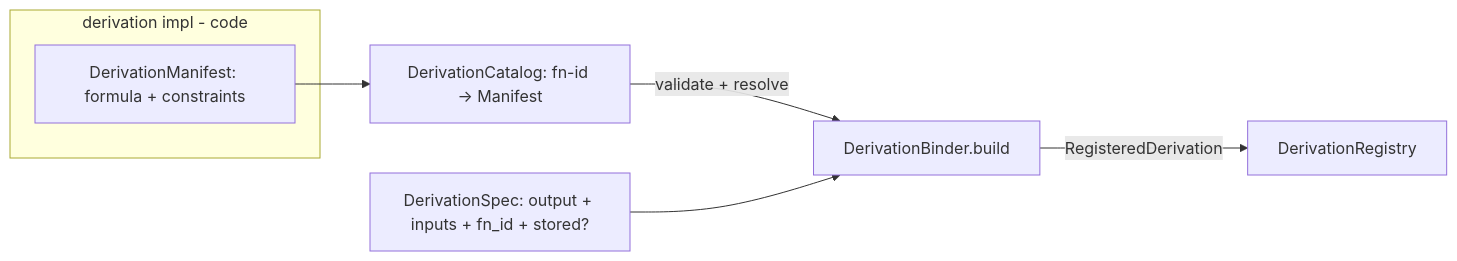
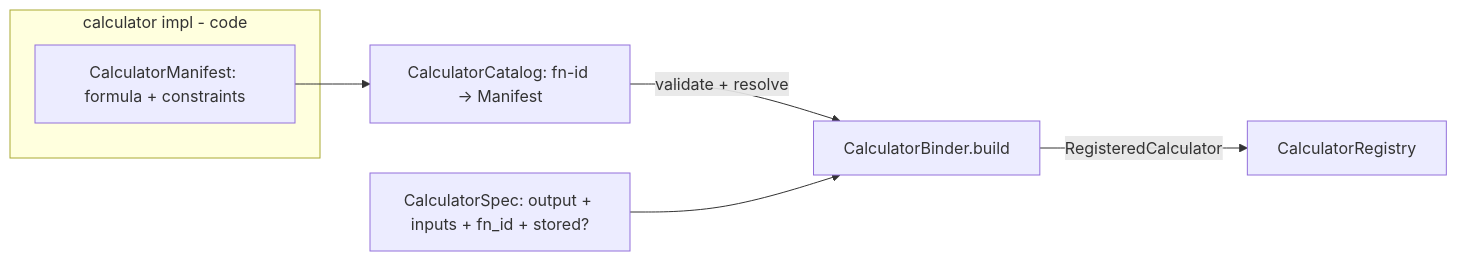
Before and after one commit to dveyarangi/meteoscape: the third of 4 diagrams in docs/adr/0005-build-time-composition.md, drawn with Mermaid. The commit also changed other lines of this file and 34 other files, not shown here.

First line of the commit message:
Rename OfferingDef and Calculator* build-time nouns; clear concern #22.

````diff
--- a/docs/adr/0005-build-time-composition.md
+++ b/docs/adr/0005-build-time-composition.md
@@ -59,12 +59,12 @@
 ```mermaid
 flowchart LR
-  subgraph dimpl [derivation impl - code]
-    DM["DerivationManifest: formula + constraints"]
+  subgraph cimpl [calculator impl - code]
+    CM["CalculatorManifest: formula + constraints"]
   end
-  DCAT["DerivationCatalog: fn-id → Manifest"]
-  DSpec["DerivationSpec: output + inputs + fn_id + stored?"]
-  DM --> DCAT
-  DCAT -->|validate + resolve| DB[DerivationBinder.build]
-  DSpec --> DB
-  DB -->|"RegisteredDerivation"| DR[DerivationRegistry]
+  CCAT["CalculatorCatalog: fn-id → Manifest"]
+  CSpec["CalculatorSpec: output + inputs + fn_id + stored?"]
+  CM --> CCAT
+  CCAT -->|validate + resolve| CB[CalculatorBinder.build]
+  CSpec --> CB
+  CB -->|"RegisteredCalculator"| CR[CalculatorRegistry]
 ```
````
